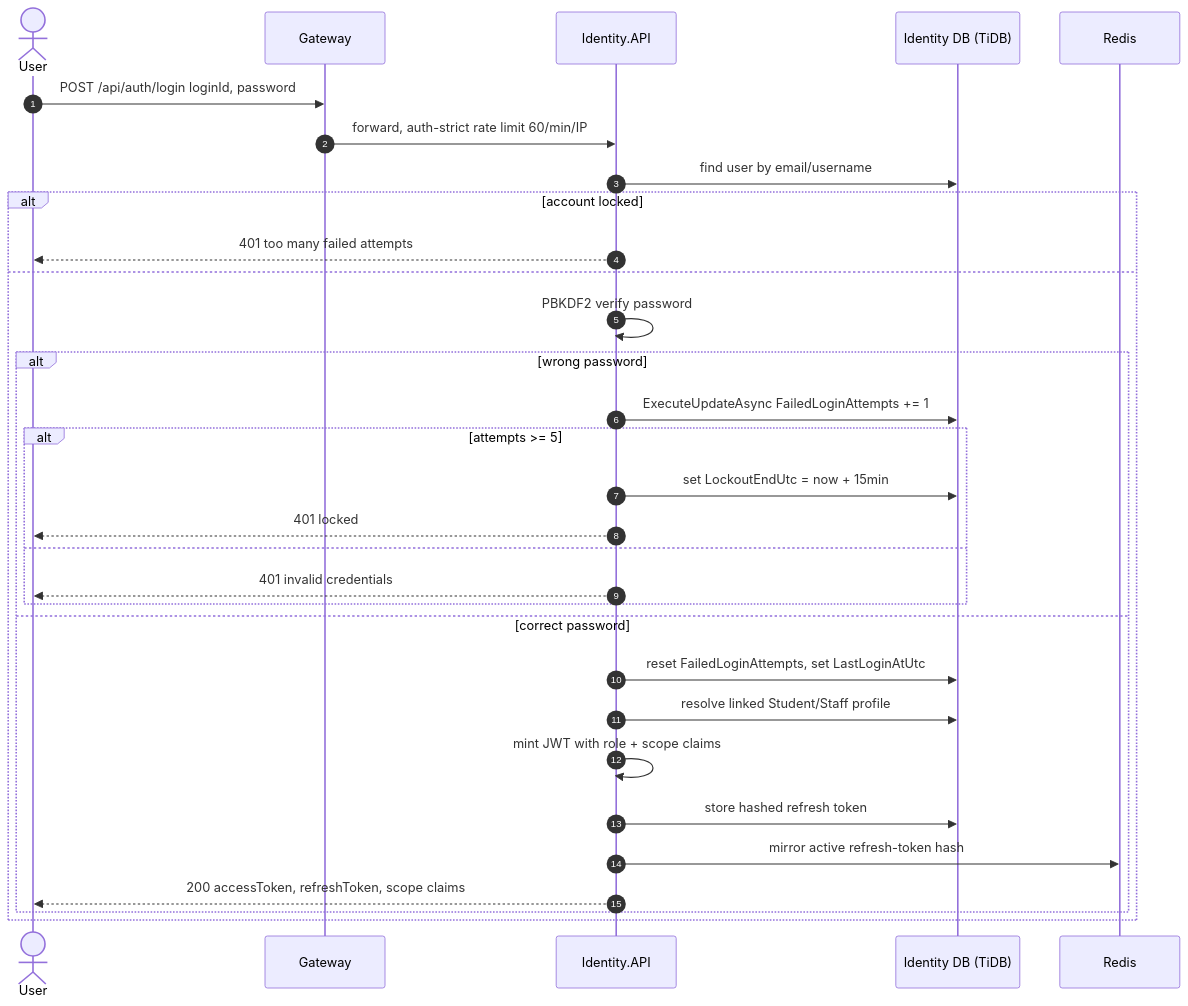
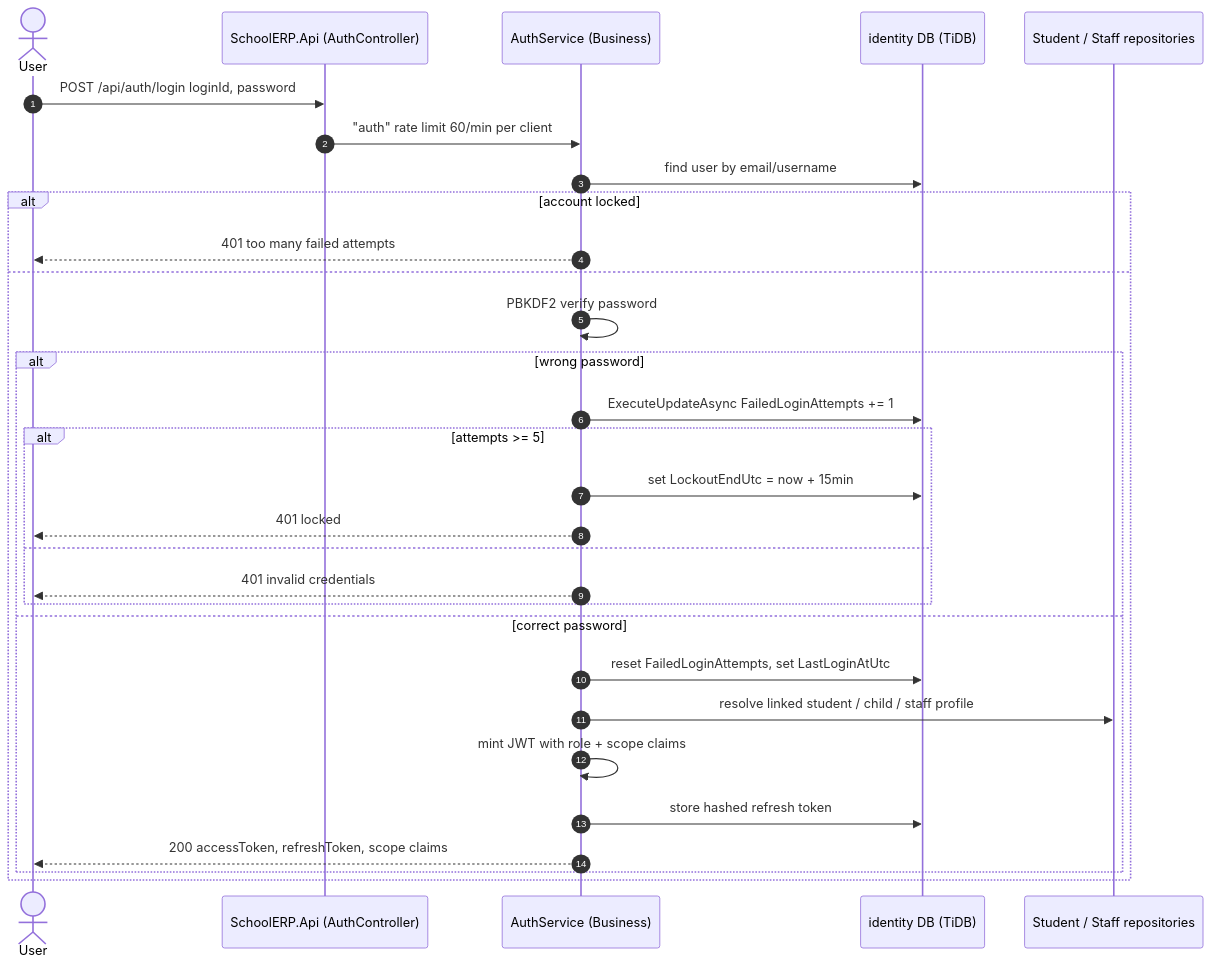
One commit to ojas2005/GKMPS-School-portal changed the fourth of 17 diagrams in ARCHITECTURE.md. Above: the diagram before and after it, drawn with Mermaid. The commit also changed other lines of this file and 2 other files, not shown here.

First line of the commit message:
Document the n-tier architecture

````diff
--- a/ARCHITECTURE.md
+++ b/ARCHITECTURE.md
@@ -117,33 +116,32 @@
 ```mermaid
 sequenceDiagram
   autonumber
   actor U as User
-  participant GW as Gateway
-  participant ID as Identity.API
-  participant DB as Identity DB (TiDB)
-  participant RD as Redis
-  U->>GW: POST /api/auth/login loginId, password
-  GW->>ID: forward, auth-strict rate limit 60/min/IP
+  participant API as SchoolERP.Api (AuthController)
+  participant ID as AuthService (Business)
+  participant DB as identity DB (TiDB)
+  participant PR as Student / Staff repositories
+  U->>API: POST /api/auth/login loginId, password
+  API->>ID: "auth" rate limit 60/min per client
   ID->>DB: find user by email/username
   alt account locked
     ID-->>U: 401 too many failed attempts
   else
     ID->>ID: PBKDF2 verify password
     alt wrong password
       ID->>DB: ExecuteUpdateAsync FailedLoginAttempts += 1
       alt attempts >= 5
         ID->>DB: set LockoutEndUtc = now + 15min
         ID-->>U: 401 locked
       else
         ID-->>U: 401 invalid credentials
       end
     else correct password
       ID->>DB: reset FailedLoginAttempts, set LastLoginAtUtc
-      ID->>DB: resolve linked Student/Staff profile
+      ID->>PR: resolve linked student / child / staff profile
       ID->>ID: mint JWT with role + scope claims
       ID->>DB: store hashed refresh token
-      ID->>RD: mirror active refresh-token hash
       ID-->>U: 200 accessToken, refreshToken, scope claims
     end
   end
 ```
````
